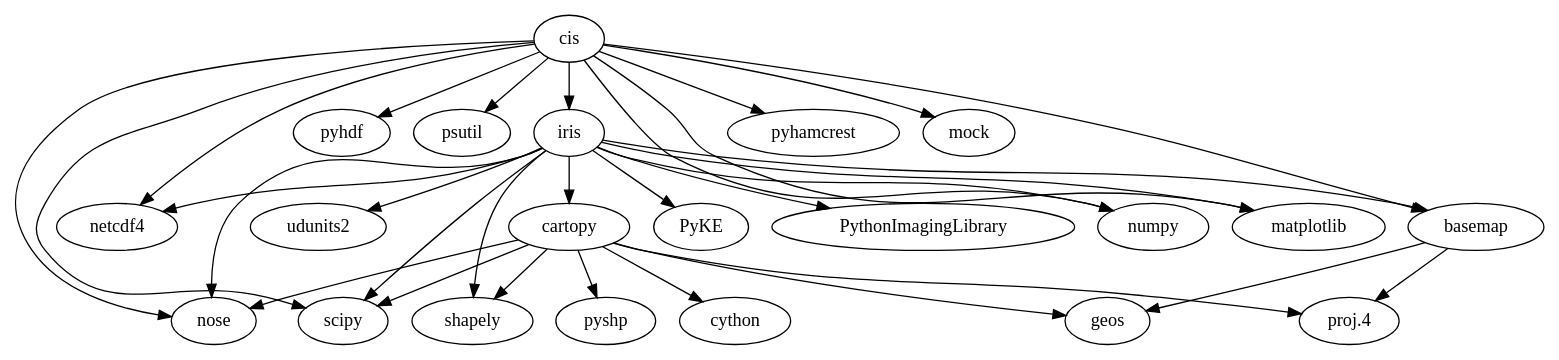
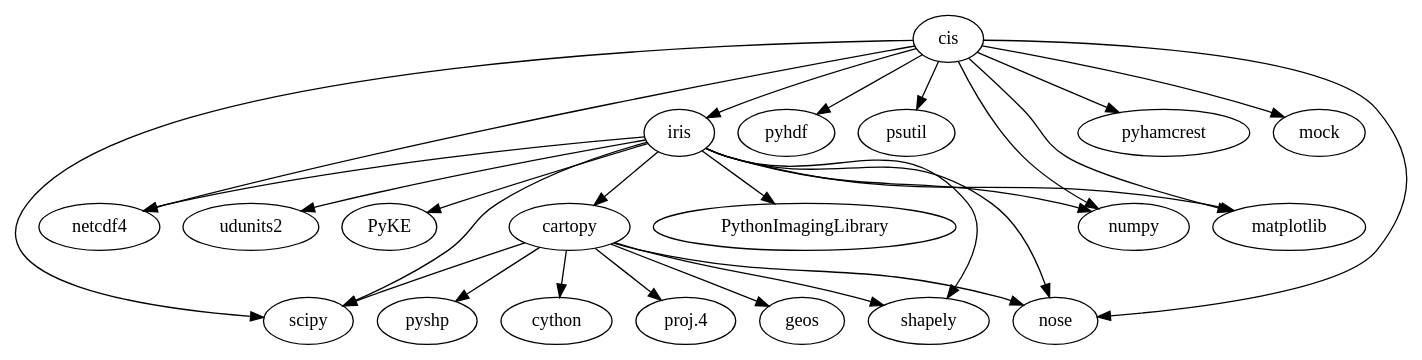
The diagram in doc/cis_dependency.dot (cedadev/cis), drawn with Graphviz before and after one commit. The commit also changed 12 other files, not shown here.

```diff
--- a/doc/cis_dependency.dot
+++ b/doc/cis_dependency.dot
@@ -1,37 +1,32 @@
 digraph cis {
     cis -> iris;
     cis -> nose;
     cis -> netcdf4;
 	cis -> pyhdf;
 	cis -> psutil;
 	cis -> numpy;
 	cis -> matplotlib;
-	cis -> basemap;
 	cis -> pyhamcrest;
 	cis -> mock;
 	cis -> scipy;
 
     iris -> netcdf4;
     iris -> nose;
     iris -> numpy;
     iris -> scipy;
     iris -> udunits2;
     iris -> PyKE;
     iris -> matplotlib;
     iris -> cartopy;
     iris -> PythonImagingLibrary;
-    iris -> basemap;
     iris -> shapely;
-
-    basemap -> "proj.4";
-    basemap -> geos;
 
     cartopy -> cython;
     cartopy -> "proj.4";
     cartopy -> geos;
     cartopy -> shapely;
     cartopy -> pyshp;
     cartopy -> nose;
     cartopy -> scipy;
 
 }
```
